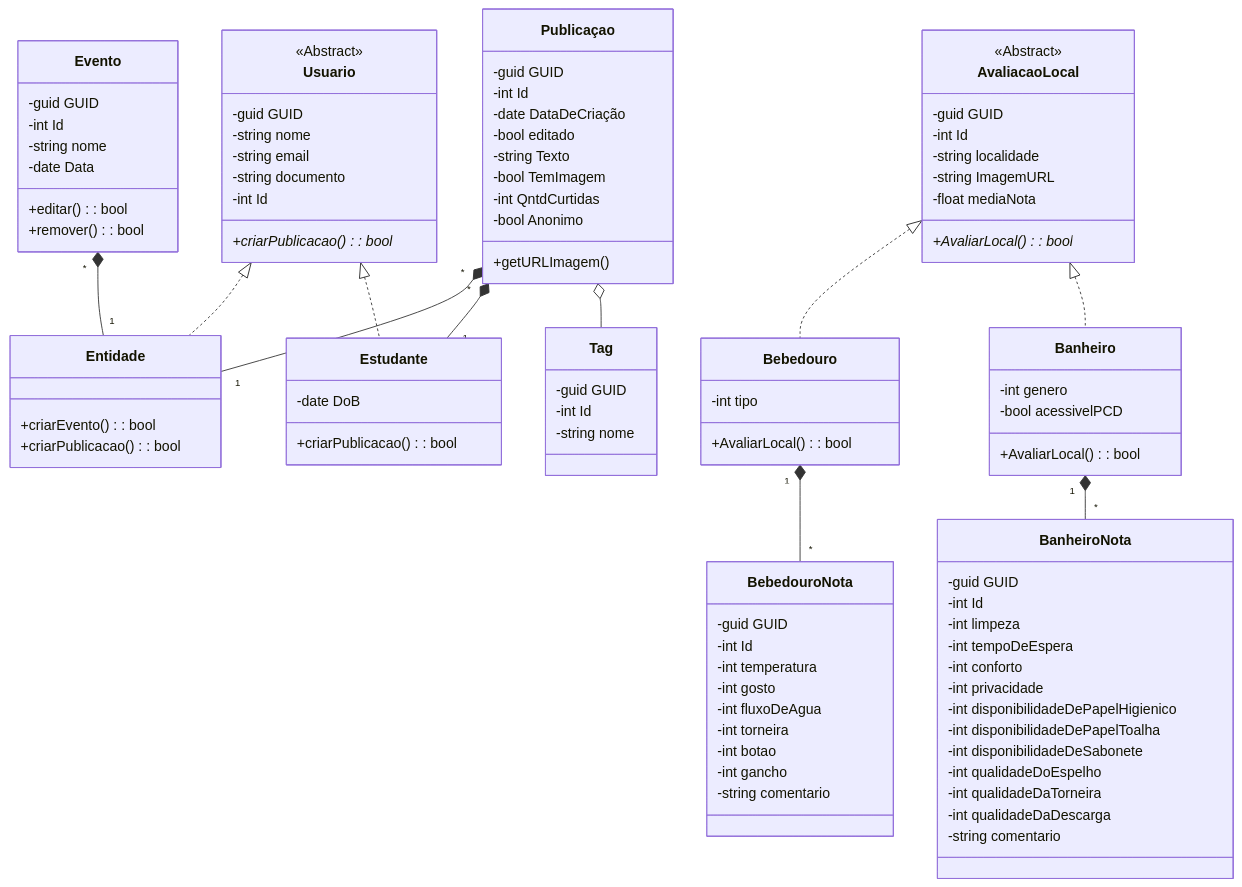
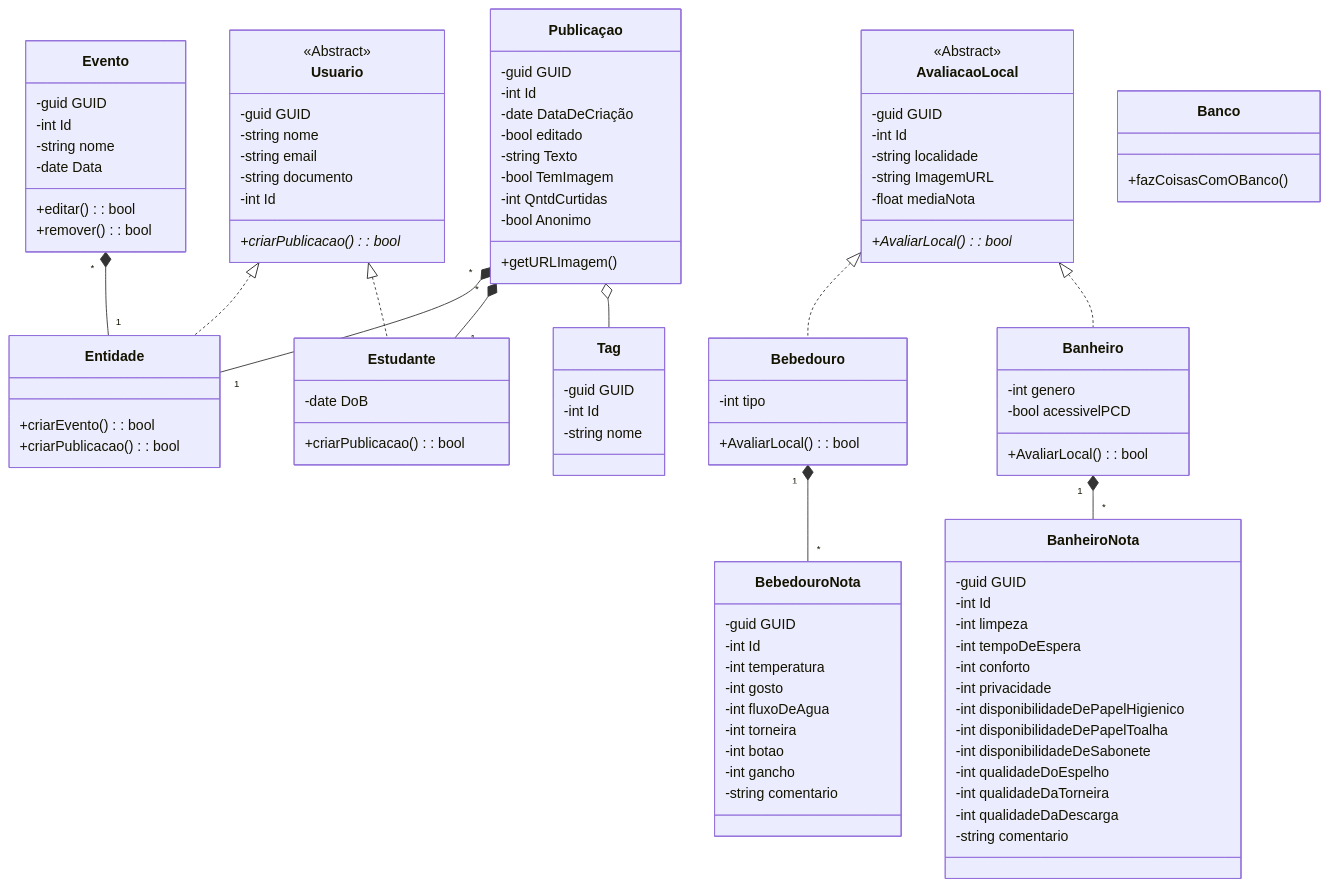
The diagram in ClassDiagram.md (SSparks31/EngSoft), drawn with Mermaid before and after one commit.

```diff
--- a/ClassDiagram.md
+++ b/ClassDiagram.md
@@ -56,6 +56,10 @@
       +getURLImagem()
     }
 
+    class Banco{
+       +fazCoisasComOBanco()
+    }
+
     class Tag{
       -guid GUID
       -int Id
```
